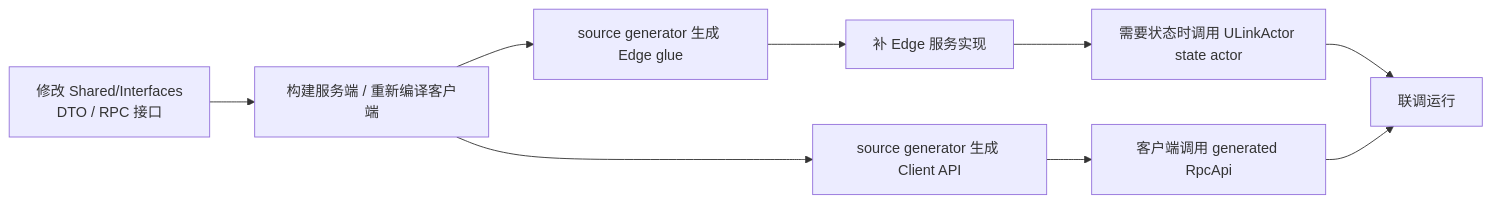
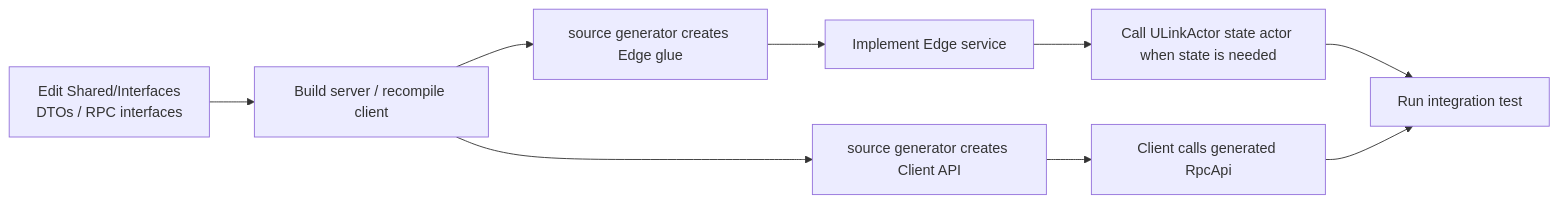
One commit to bruce48x/ULinkGame changed the second of 2 diagrams in blog/content/posts/ulinkgame-getting-started.md. Above: the diagram before and after it, drawn with Mermaid. The commit also changed other lines of this file and 5 other files, not shown here.

````diff
--- a/blog/content/posts/ulinkgame-getting-started.md
+++ b/blog/content/posts/ulinkgame-getting-started.md
@@ -360,11 +360,11 @@
 ```mermaid
 flowchart LR
-    A["修改 Shared/Interfaces<br/>DTO / RPC 接口"] --> B["构建服务端 / 重新编译客户端"]
-    B --> C["source generator 生成 Edge glue"]
-    B --> D["source generator 生成 Client API"]
-    C --> E["补 Edge 服务实现"]
-    E --> F["需要状态时调用 ULinkActor state actor"]
-    D --> G["客户端调用 generated RpcApi"]
-    F --> H["联调运行"]
+    A["Edit Shared/Interfaces<br/>DTOs / RPC interfaces"] --> B["Build server / recompile client"]
+    B --> C["source generator creates Edge glue"]
+    B --> D["source generator creates Client API"]
+    C --> E["Implement Edge service"]
+    E --> F["Call ULinkActor state actor when state is needed"]
+    D --> G["Client calls generated RpcApi"]
+    F --> H["Run integration test"]
     G --> H
 ```
````
